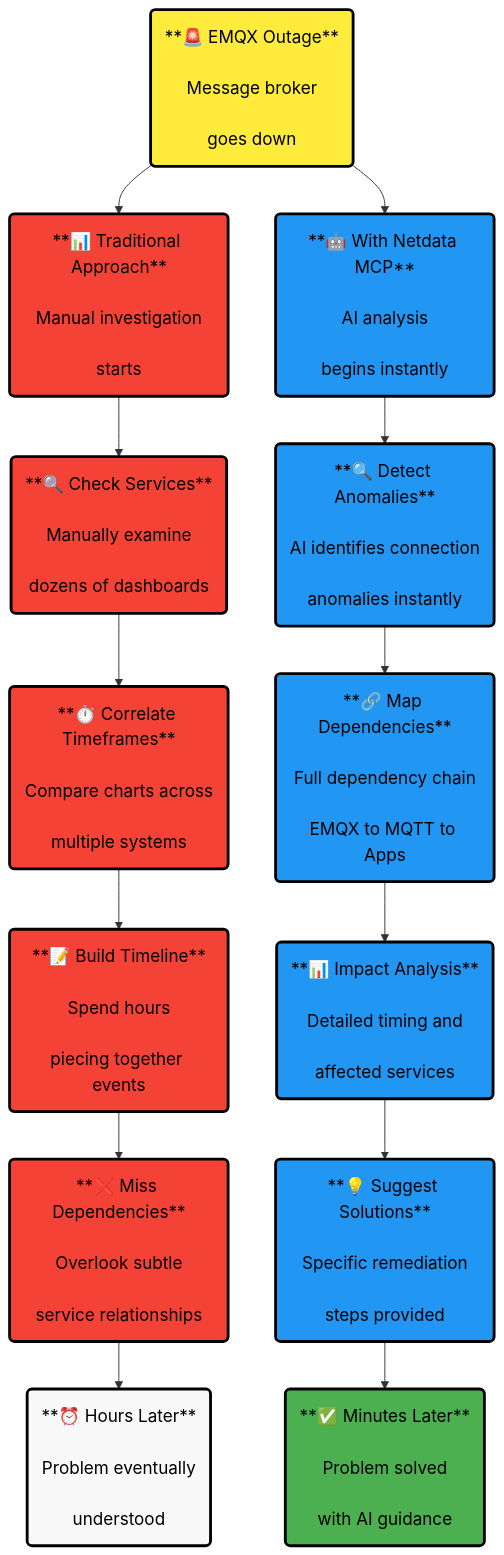
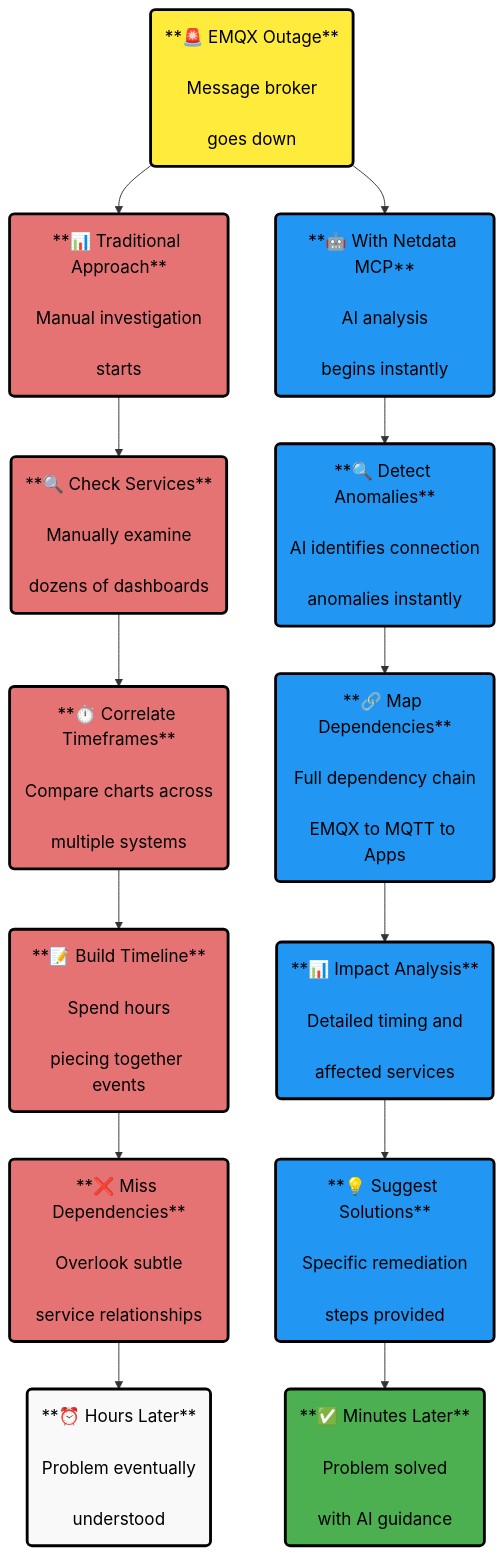
The diagram in docs/learn/mcp.md (netdata/netdata), drawn with Mermaid before and after one commit.

Commit message:
change Traditional Approach color

````diff
--- a/docs/learn/mcp.md
+++ b/docs/learn/mcp.md
@@ -37,55 +37,55 @@
 ```mermaid
 flowchart TD
     A("**🚨 EMQX Outage**<br/><br/>Message broker<br/><br/>goes down")
     
     B("**📊 Traditional Approach**<br/><br/>Manual investigation<br/><br/>starts")
     
     C("**🤖 With Netdata MCP**<br/><br/>AI analysis<br/><br/>begins instantly")
     
     D("**🔍 Check Services**<br/><br/>Manually examine<br/><br/>dozens of dashboards")
     
     E("**⏱️ Correlate Timeframes**<br/><br/>Compare charts across<br/><br/>multiple systems")
     
     F("**📝 Build Timeline**<br/><br/>Spend hours<br/><br/>piecing together events")
     
     G("**❌ Miss Dependencies**<br/><br/>Overlook subtle<br/><br/>service relationships")
     
     H("**🔍 Detect Anomalies**<br/><br/>AI identifies connection<br/><br/>anomalies instantly")
     
     I("**🔗 Map Dependencies**<br/><br/>Full dependency chain<br/><br/>EMQX to MQTT to Apps")
     
     J("**📊 Impact Analysis**<br/><br/>Detailed timing and<br/><br/>affected services")
     
     K("**💡 Suggest Solutions**<br/><br/>Specific remediation<br/><br/>steps provided")
     
     L("**⏰ Hours Later**<br/><br/>Problem eventually<br/><br/>understood")
     
     M("**✅ Minutes Later**<br/><br/>Problem solved<br/><br/>with AI guidance")
     
     A --> B
     A --> C
     B --> D
     D --> E
     E --> F
     F --> G
     G --> L
     C --> H
     H --> I
     I --> J
     J --> K
     K --> M
     
     %% Style definitions
     classDef alert fill:#ffeb3b,stroke:#000000,stroke-width:3px,color:#000000,font-size:18px
-    classDef traditional fill:#f44336,stroke:#000000,stroke-width:3px,color:#000000,font-size:18px
+    classDef traditional fill:#E57373,stroke:#000000,stroke-width:3px,color:#000000,font-size:18px
     classDef ai fill:#2196F3,stroke:#000000,stroke-width:3px,color:#000000,font-size:18px
     classDef solution fill:#4caf50,stroke:#000000,stroke-width:3px,color:#000000,font-size:18px
     classDef result fill:#f9f9f9,stroke:#000000,stroke-width:3px,color:#000000,font-size:18px
     
     %% Apply styles
     class A alert
     class B,D,E,F,G traditional
     class C,H,I,J,K ai
     class L result
     class M solution
 ```
````
